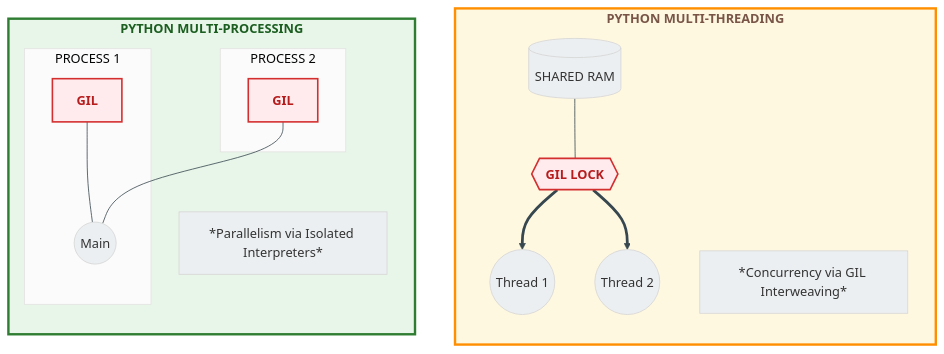
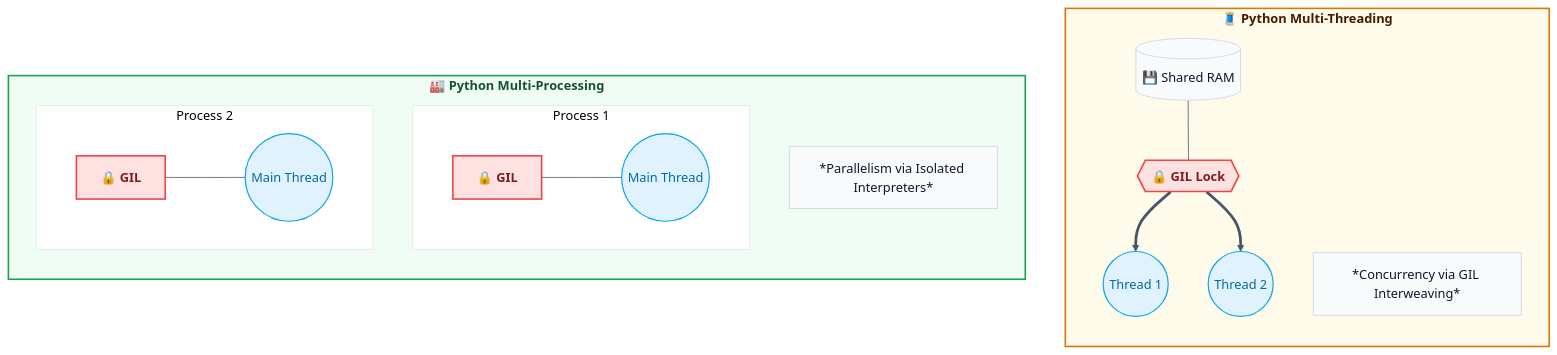
Before and after one commit to RameenAnwar/PDC-SP26-SE: the eighth of 8 diagrams in SyedMuhammadHuzaifaAshrafi-(23FA-035-SE)/Chapter01/README.md, drawn with Mermaid. The commit also changed other lines of this file and 5 other files, not shown here.

````diff
--- a/SyedMuhammadHuzaifaAshrafi-(23FA-035-SE)/Chapter01/README.md
+++ b/SyedMuhammadHuzaifaAshrafi-(23FA-035-SE)/Chapter01/README.md
@@ -855,32 +504,34 @@
 ```mermaid
-%%{init: {'theme': 'base', 'themeVariables': { 'lineColor': '#37474F', 'primaryColor': '#ECEFF1' }}}%%
+%%{init: {'theme': 'base', 'themeVariables': { 'lineColor': '#475569', 'primaryColor': '#f8fafc', 'primaryTextColor': '#0f172a', 'primaryBorderColor': '#cbd5e1' }}}%%
 flowchart TD
-    %% Pro Max Python Parallel Architecture
-    classDef threadBox fill:#FFF8E1,stroke:#FF8F00,stroke-width:3px,color:#795548,font-weight:bold
-    classDef procBox fill:#E8F5E9,stroke:#2E7D32,stroke-width:3px,color:#1B5E20,font-weight:bold
-    classDef lock fill:#FFEBEE,stroke:#D32F2F,stroke-width:2px,color:#B71C1C,font-weight:bold
+    %% Premium Python Parallel Architecture
+    classDef threadBox fill:#fffbeb,stroke:#d97706,stroke-width:2px,color:#451a03,font-weight:bold
+    classDef procBox fill:#f0fdf4,stroke:#16a34a,stroke-width:2px,color:#14532d,font-weight:bold
+    classDef lock fill:#fee2e2,stroke:#ef4444,stroke-width:2px,color:#7f1d1d,font-weight:bold
+    classDef threadNode fill:#e0f2fe,stroke:#0ea5e9,stroke-width:1.5px,color:#0369a1
 
-    subgraph MultiThreading [PYTHON MULTI-THREADING]
+    subgraph MultiThreading ["🧵 Python Multi-Threading"]
         direction TB
-        Mem[(SHARED RAM)]
-        Mem --- GIL{{GIL LOCK}}
-        GIL ==> T1((Thread 1))
-        GIL ==> T2((Thread 2))
+        Mem[("💾 Shared RAM")]
+        Mem --- GIL{{"🔒 GIL Lock"}}
+        GIL ==> T1(("Thread 1"))
+        GIL ==> T2(("Thread 2"))
         note1["*Concurrency via GIL Interweaving*"]
     end
     
-    subgraph MultiProcessing [PYTHON MULTI-PROCESSING]
+    subgraph MultiProcessing ["🏭 Python Multi-Processing"]
         direction TB
-        subgraph P1 [PROCESS 1]
-            G1[GIL] --- Th1((Main))
+        subgraph P1 ["Process 1"]
+            G1["🔒 GIL"] --- Th1(("Main Thread"))
         end
-        subgraph P2 [PROCESS 2]
-            G2[GIL] --- Th1((Main))
+        subgraph P2 ["Process 2"]
+            G2["🔒 GIL"] --- Th2(("Main Thread"))
         end
         note2["*Parallelism via Isolated Interpreters*"]
     end
 
     class MultiThreading threadBox
     class MultiProcessing procBox
     class GIL,G1,G2 lock
+    class T1,T2,Th1,Th2 threadNode
 ```
````
